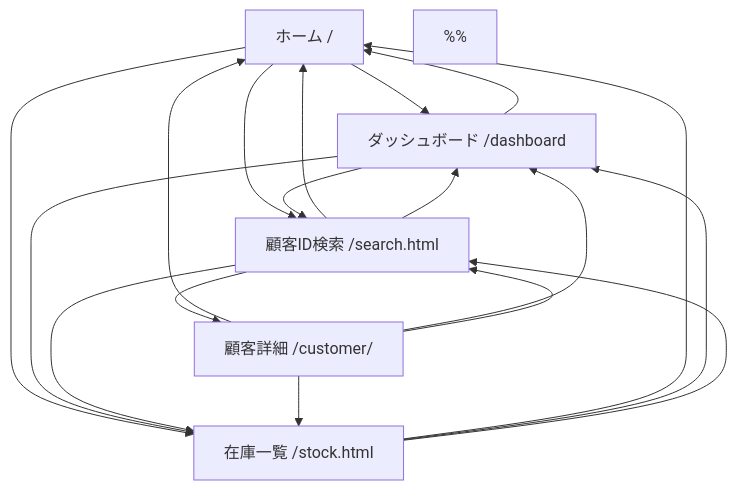
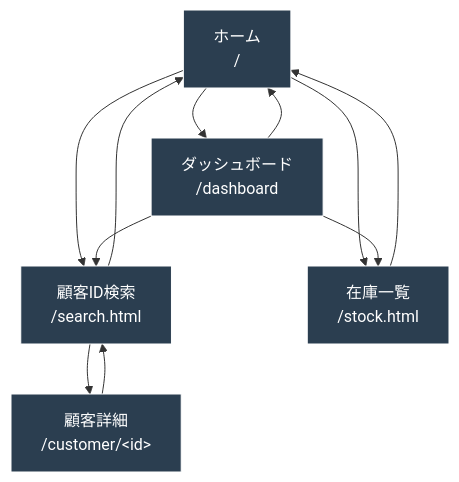
Before and after one commit to 31916/jikken3-kai: the diagram in docs/screen_flow.md, drawn with Mermaid. The commit also changed other lines of this file and 2 other files, not shown here.

Commit message:
適宜変更

````diff
--- a/docs/screen_flow.md
+++ b/docs/screen_flow.md
@@ -17,39 +20,30 @@
 ```mermaid
 flowchart TD
+    %% スタイル定義
+    classDef page fill:#2b3e50,stroke:#ffffff,color:#ffffff,stroke-width:1px;
 
-%% 画面ノード
-A[ホーム /]
-B[ダッシュボード /dashboard]
-C[顧客ID検索 /search.html]
-D[在庫一覧 /stock.html]
-E[顧客詳細 /customer/<id>]
+    A[ホーム<br>/]:::page
+    B[ダッシュボード<br>/dashboard]:::page
+    C[顧客ID検索<br>/search.html]:::page
+    E[顧客詳細<br>/customer/&lt;id&gt;]:::page
+    D[在庫一覧<br>/stock.html]:::page
 
+    %% ホームを中心とした主要導線
+    A --> B
+    A --> C
+    A --> D
 
-%% ホームからの遷移
-A --> B
-A --> C
-A --> D
+    %% 各ページ → ホーム
+    B --> A
+    C --> A
+    D --> A
 
-%%
-B --> A
-B --> C
-B --> D
+    %% 各ページ間の自然な遷移
+    B --> C
+    C --> E
+    B --> D
 
-%%
-C --> A
-C --> B
-C --> D
-C --> E
-
-%%
-D --> A
-D --> B
-D --> C
-
-%%
-E --> A
-E --> B
-E --> C
-E --> D
+    %% 顧客詳細から戻る
+    E --> C
 
 ```
````
